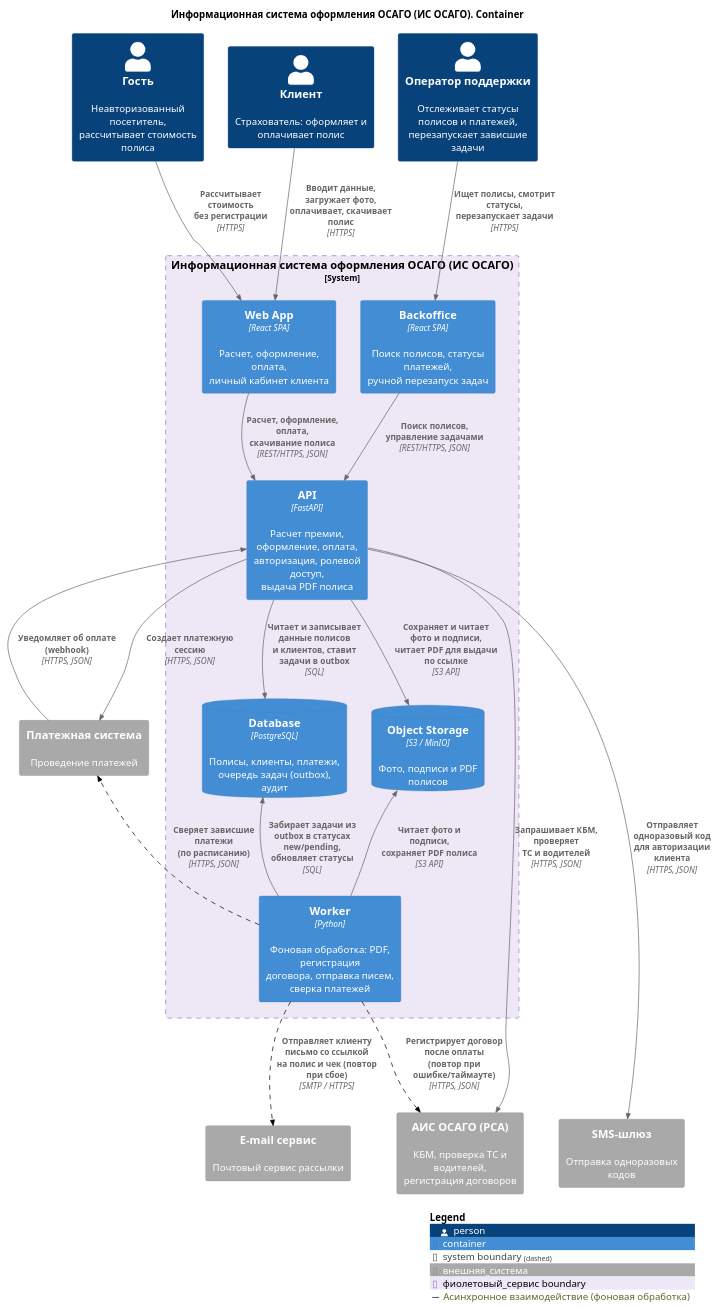
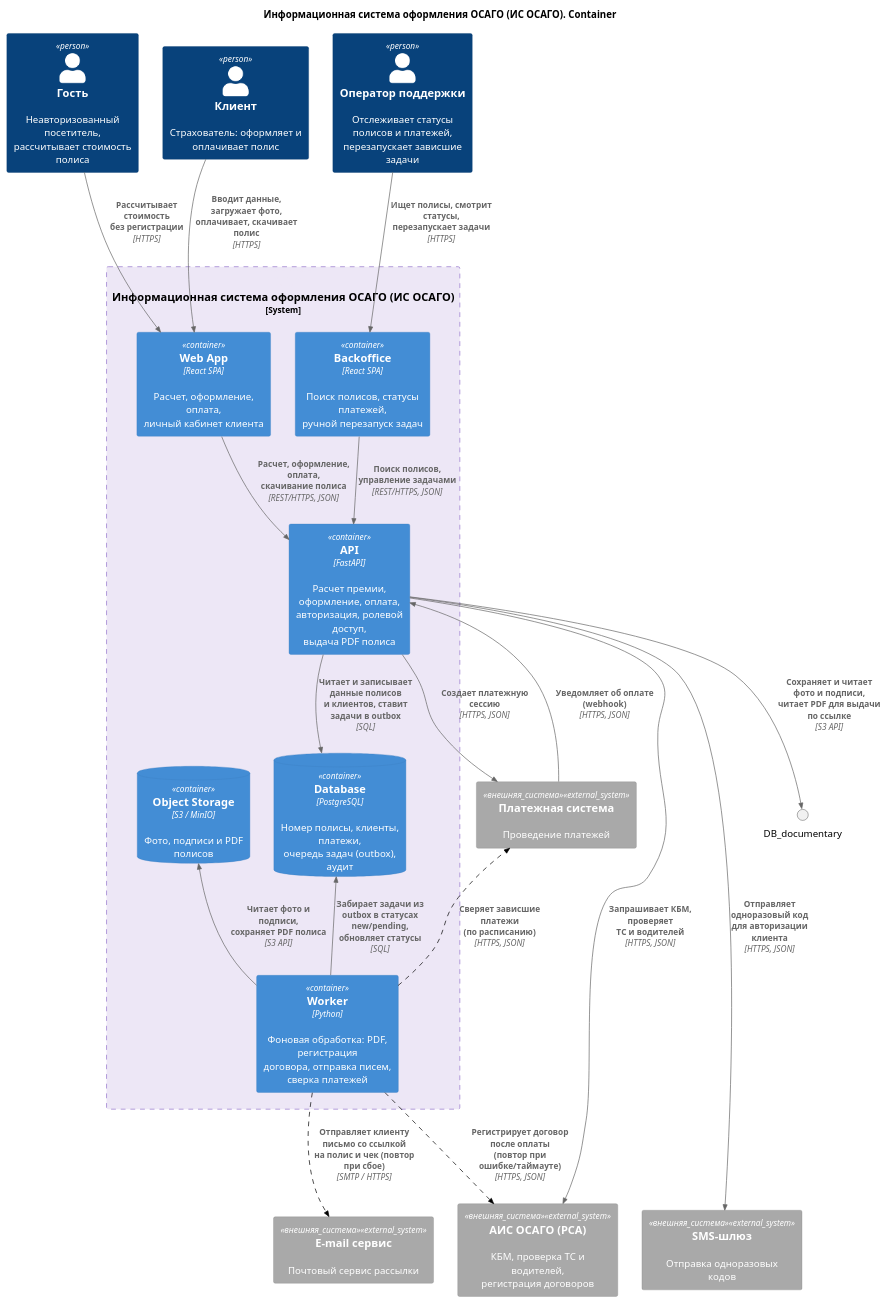
The diagram in docs_and_diagrams/Artem/container copy.puml (ElectricLight-ELO/Insurance-system), drawn with PlantUML before and after one commit. The commit also changed 1 other file, not shown here.

```diff
--- a/docs_and_diagrams/Artem/container copy.puml
+++ b/docs_and_diagrams/Artem/container copy.puml
@@ -1,92 +1,92 @@
 @startuml
 !include https://raw.githubusercontent.com/plantuml-stdlib/C4-PlantUML/master/C4_Container.puml
 
 title Информационная система оформления ОСАГО (ИС ОСАГО). Container
 
 ' === НАСТРОЙКА ЦВЕТОВ ===
 AddSystemTag("внешняя_система", $bgColor="#A9A9A9", $borderColor="#8A8A8A", $fontColor="#FFFFFF")
 AddBoundaryTag("фиолетовый_сервис", $bgColor="#EDE7F6", $borderColor="#9575CD", $fontColor="#000000")
 AddRelTag("пунктир", $lineStyle=DashedLine(), $lineColor="#000000", $legendText="Асинхронное взаимодействие (фоновая обработка)")
 
 ' === ЭЛЕМЕНТЫ ===
 
 Person(guest, "Гость", "Неавторизованный посетитель,\nрассчитывает стоимость полиса")
+
 Person(client, "Клиент", "Страхователь: оформляет и\nоплачивает полис")
 Person(support, "Оператор поддержки", "Отслеживает статусы полисов и платежей,\nперезапускает зависшие задачи")
 
 System_Boundary(osago_service, "Информационная система оформления ОСАГО (ИС ОСАГО)", $tags="фиолетовый_сервис") {
 
     Container(web_app, "Web App", "React SPA", "Расчет, оформление, оплата,\nличный кабинет клиента")
 
     Container(backoffice, "Backoffice", "React SPA", "Поиск полисов, статусы платежей,\nручной перезапуск задач")
 
     Container(api, "API", "FastAPI", "Расчет премии, оформление, оплата,\nавторизация, ролевой доступ,\nвыдача PDF полиса")
 
-    ContainerDb(database, "Database", "PostgreSQL", "Полисы, клиенты, платежи,\nочередь задач (outbox), аудит")
+    ContainerDb(database, "Database", "PostgreSQL", "Номер полисы, клиенты, платежи,\nочередь задач (outbox), аудит")
 
     ContainerDb(object_storage, "Object Storage", "S3 / MinIO", "Фото, подписи и PDF полисов")
 
     Container(worker, "Worker", "Python", "Фоновая обработка: PDF, регистрация\nдоговора, отправка писем, сверка платежей")
 }
 
 ' Внешние системы (серые, внизу)
 System_Ext(payment_sys, "Платежная система", "Проведение платежей", $tags="внешняя_система")
 System_Ext(email_sys, "E-mail сервис", "Почтовый сервис рассылки", $tags="внешняя_система")
 System_Ext(ais_osago, "АИС ОСАГО (РСА)", "КБМ, проверка ТС и водителей,\nрегистрация договоров", $tags="внешняя_система")
 System_Ext(sms_sys, "SMS-шлюз", "Отправка одноразовых кодов", $tags="внешняя_система")
 
 ' === СВЯЗИ ===
 
 ' Персоны
 Rel(guest, web_app, "Рассчитывает стоимость\nбез регистрации", "HTTPS")
 Rel(client, web_app, "Вводит данные, загружает фото,\nоплачивает, скачивает полис", "HTTPS")
 Rel(support, backoffice, "Ищет полисы, смотрит статусы,\nперезапускает задачи", "HTTPS")
 
 ' Фронтенды -> API
 Rel(web_app, api, "Расчет, оформление, оплата,\nскачивание полиса", "REST/HTTPS, JSON")
 Rel(backoffice, api, "Поиск полисов,\nуправление задачами", "REST/HTTPS, JSON")
 
 ' API -> внутренние хранилища
 Rel(api, database, "Читает и записывает данные полисов\nи клиентов, ставит задачи в outbox", "SQL")
-Rel(api, object_storage, "Сохраняет и читает фото и подписи,\nчитает PDF для выдачи по ссылке", "S3 API")
+Rel(api, DB_documentary, "Сохраняет и читает фото и подписи,\nчитает PDF для выдачи по ссылке", "S3 API")
 
 ' API -> внешние системы (синхронно)
 Rel(api, sms_sys, "Отправляет одноразовый код\nдля авторизации клиента", "HTTPS, JSON")
 Rel(api, payment_sys, "Создает платежную сессию", "HTTPS, JSON")
 Rel(payment_sys, api, "Уведомляет об оплате (webhook)", "HTTPS, JSON")
 Rel(api, ais_osago, "Запрашивает КБМ, проверяет\nТС и водителей", "HTTPS, JSON")
 
 ' Worker -> внутренние хранилища
 Rel(worker, database, "Забирает задачи из outbox в статусах\nnew/pending, обновляет статусы", "SQL")
 Rel(worker, object_storage, "Читает фото и подписи,\nсохраняет PDF полиса", "S3 API")
 
 ' Worker -> внешние системы (асинхронно, пунктир)
 Rel(worker, ais_osago, "Регистрирует договор после оплаты\n(повтор при ошибке/таймауте)", "HTTPS, JSON", $tags="пунктир")
 Rel(worker, payment_sys, "Сверяет зависшие платежи\n(по расписанию)", "HTTPS, JSON", $tags="пунктир")
 Rel(worker, email_sys, "Отправляет клиенту письмо со ссылкой\nна полис и чек (повтор при сбое)", "SMTP / HTTPS", $tags="пунктир")
 
 ' === УПРАВЛЕНИЕ LAYOUT (скрытые связи) ===
 
 ' Персоны в один ряд
 guest -[hidden]right- client
 client -[hidden]right- support
 
 ' Верхний ряд внутри boundary: фронтенды под своими персонами
 client -[hidden]down- web_app
 support -[hidden]down- backoffice
 web_app -[hidden]right- backoffice
 
 ' Нижний ряд внутри boundary: ядро в одну строку
 web_app -[hidden]down- api
 api -[hidden]right- database
 database -[hidden]right- object_storage
 object_storage -[hidden]right- worker
 
 ' Внешние системы внизу
 osago_service -[hidden]down- payment_sys
 payment_sys -[hidden]right- email_sys
 email_sys -[hidden]right- ais_osago
 ais_osago -[hidden]right- sms_sys
 
-SHOW_LEGEND()
 @enduml
```
